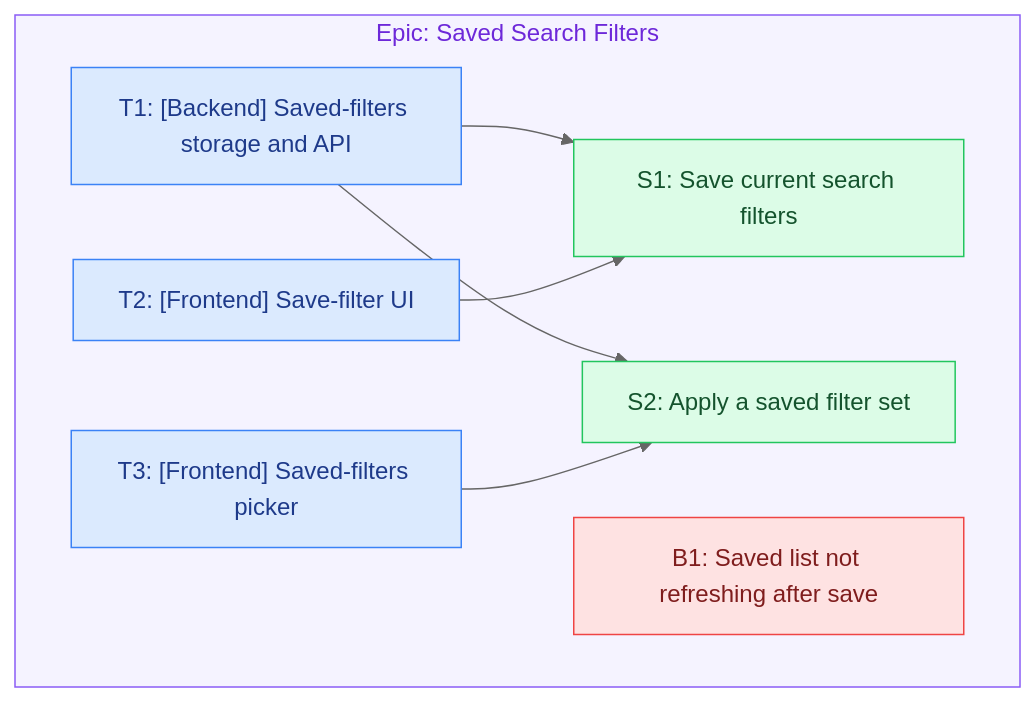
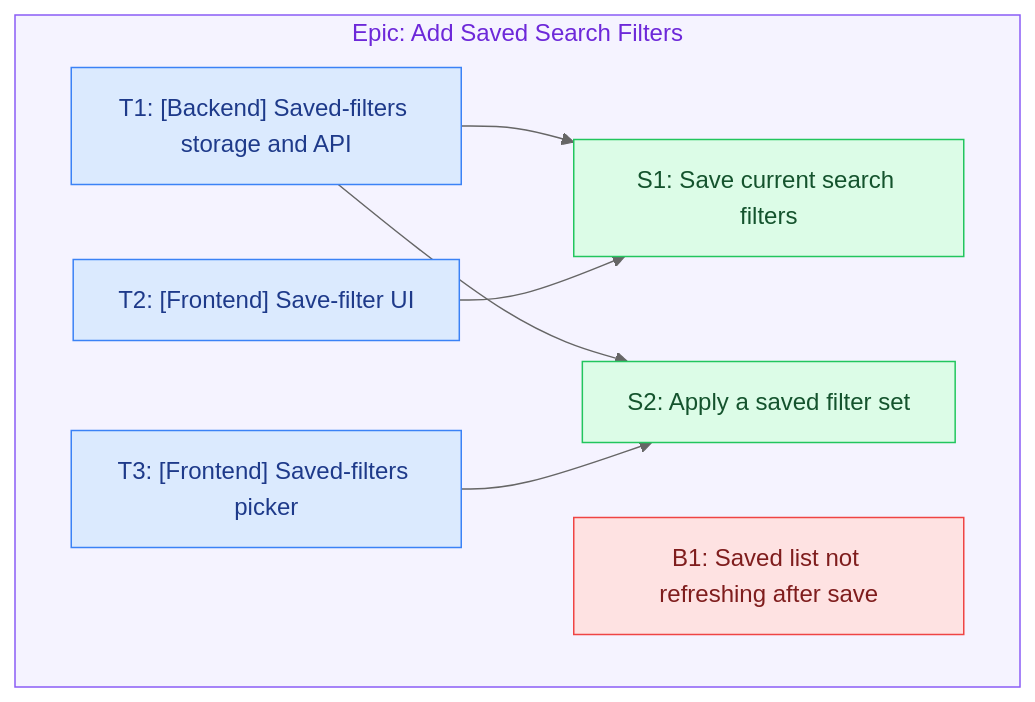
One commit to mfozmen/groomie changed the diagram in skills/groomie/references/fixtures/revise-e2e.md. Above: the diagram before and after it, drawn with Mermaid (neutral theme). The commit also changed other lines of this file and 4 other files, not shown here.

````diff
--- a/skills/groomie/references/fixtures/revise-e2e.md
+++ b/skills/groomie/references/fixtures/revise-e2e.md
@@ -117,22 +117,22 @@
 ```mermaid
 flowchart TD
-  subgraph epic1["Epic: Saved Search Filters"]
+  subgraph epic1["Epic: Add Saved Search Filters"]
     S1["S1: Save current search filters"]
     S2["S2: Apply a saved filter set"]
     T1["T1: [Backend] Saved-filters storage and API"]
     T2["T2: [Frontend] Save-filter UI"]
     T3["T3: [Frontend] Saved-filters picker"]
     B1["B1: Saved list not refreshing after save"]
   end
   T1 --> S1
   T1 --> S2
   T2 --> S1
   T3 --> S2
   classDef story fill:#dcfce7,stroke:#22c55e,color:#14532d;
   classDef task  fill:#dbeafe,stroke:#3b82f6,color:#1e3a8a;
   classDef bug   fill:#fee2e2,stroke:#ef4444,color:#7f1d1d;
   class S1,S2 story;
   class T1,T2,T3 task;
   class B1 bug;
   style epic1 fill:#f5f3ff,stroke:#8b5cf6,color:#6d28d9;
 ```
````
